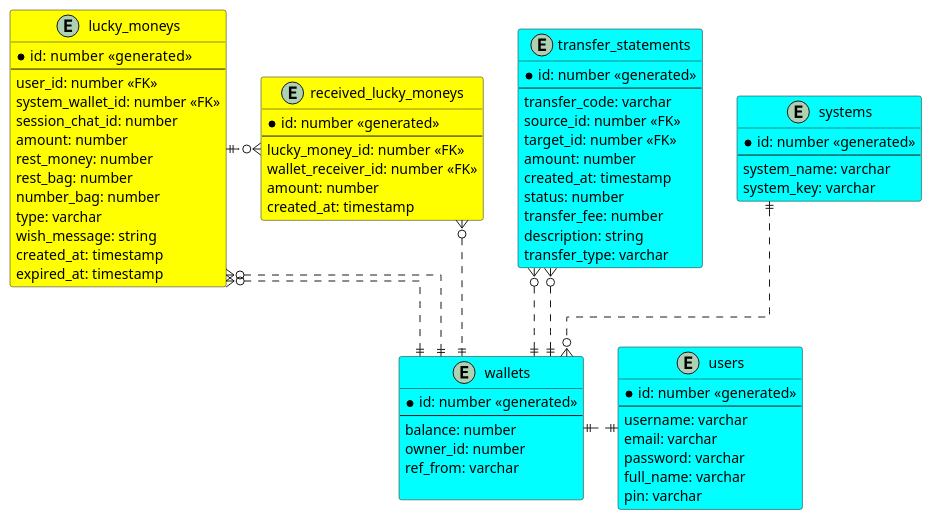
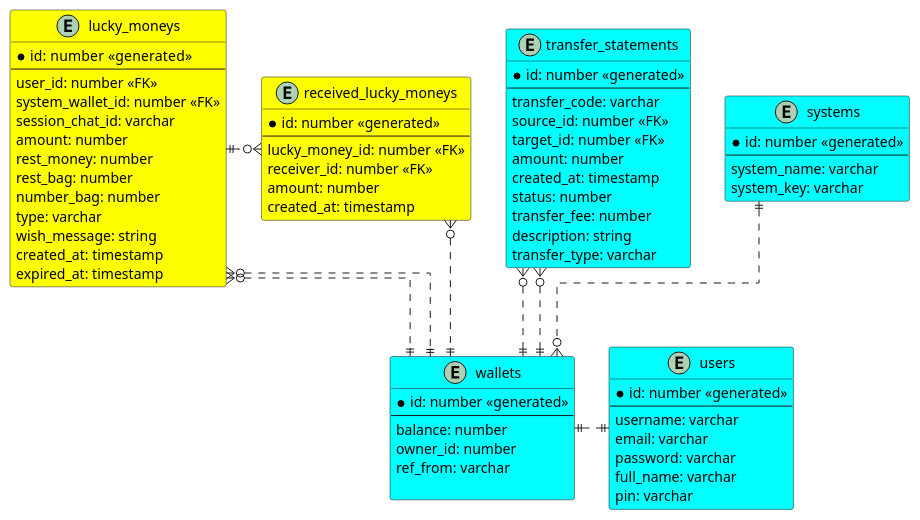
Before and after one commit to ntan1902/hey-app: the diagram in documents/uml/system design/database_diagram.puml, drawn with PlantUML. The commit also changed 21 other files, not shown here.

```diff
--- a/documents/uml/system design/database_diagram.puml
+++ b/documents/uml/system design/database_diagram.puml
@@ -2,103 +2,103 @@
 @startuml
 
 ' hide the spot
 ' hide circle
 
 ' avoid problems with angled crows feet
 skinparam linetype ortho
 
 entity "users" as users #Aqua{
     *id: number <<generated>>
     --
     username: varchar
     email: varchar
     password: varchar
     full_name: varchar
     pin: varchar
 }
 
 ' LuckyMoney system: 
 ' - system_name: LuckyMoney
 ' - system_key: 
 ' ----> Request Auth system -> JWToken system 
 ' LuckyMoney vS Payment 
 ' LuckyMoney ----> Request Auth system -> JWToken system
 ' LuckyMoney dùng JWToken vừa có để request danh sách  wallets của nó
 ' sử dụng list wallets này ntn thì tuỳ nó 
 
 ' LuckyMoney request lên payment chuyển tiền. Tới... với cái
 ' wallet id nào của nó  
 
 entity "systems" #Aqua{
     *id: number <<generated>>
     --
     system_name: varchar
     system_key: varchar
 }
 
 
 entity "wallets" as wallets #Aqua{
     *id: number <<generated>>
     --
     balance: number    
     owner_id: number
     ref_from: varchar
     
 }
 
 entity "transfer_statements" as transfer_statements #Aqua {
     *id: number <<generated>>
     --
     transfer_code: varchar
     source_id: number <<FK>>
     target_id: number <<FK>>
     amount: number
     created_at: timestamp
     status: number
     transfer_fee: number
     description: string
     transfer_type: varchar
 }
 
 entity "lucky_moneys" as lucky_moneys #Yellow{
     *id: number  <<generated>>
     --
     user_id: number <<FK>>
     system_wallet_id: number <<FK>>
-    session_chat_id: number
+    session_chat_id: varchar
     amount: number
     rest_money: number
     rest_bag: number
     number_bag: number
     type: varchar
     wish_message: string
     created_at: timestamp
     expired_at: timestamp
 }
 
 entity "received_lucky_moneys" as received_luckey_moneys #Yellow{
     *id: number <<generated>>
     --
     lucky_money_id: number <<FK>>
-    wallet_receiver_id: number <<FK>>
+    receiver_id: number <<FK>>
     amount: number
     created_at: timestamp
 }
 
 wallets ||.up.o{ transfer_statements
 wallets ||.up.o{ transfer_statements
 
 wallets ||.up.o{ lucky_moneys
 wallets ||.up.o{ lucky_moneys
 
 wallets ||.up.o{ received_luckey_moneys
 
 users ||.left.|| wallets
 
 systems ||..o{ wallets
 
 
 lucky_moneys ||.right.o{ received_luckey_moneys
 
 
 @enduml
```
